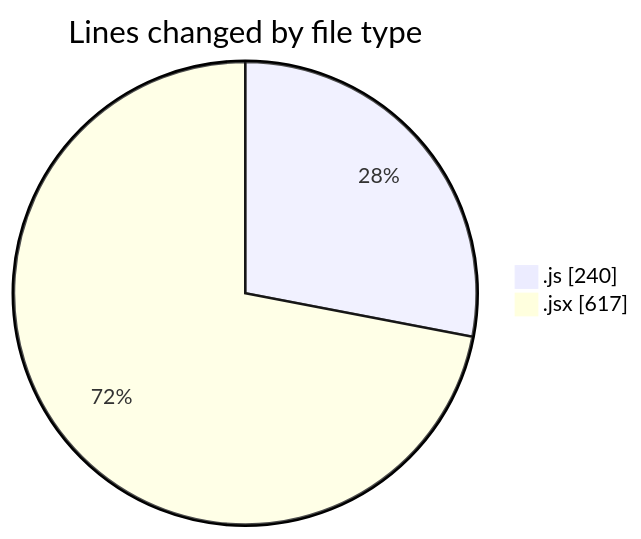
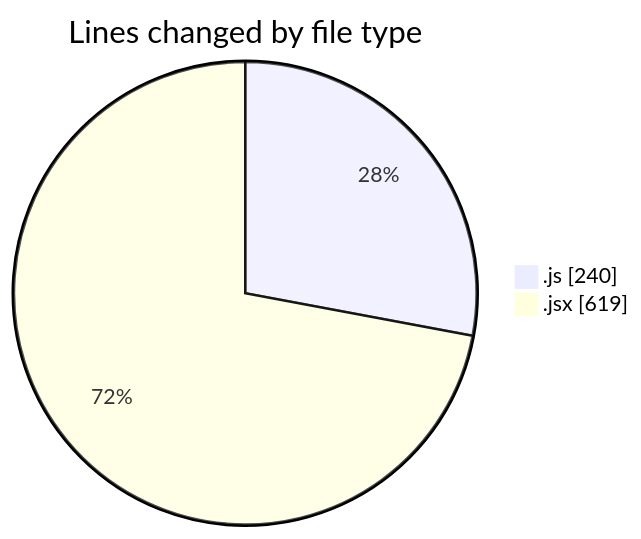
One commit to nxtqubesakshisongat/code-tracking changed the first of 2 diagrams in 2026-01-19/nxtqube_webapp/README.md. Above: the diagram before and after it, drawn with Mermaid. The commit also changed other lines of this file and 1 other file, not shown here.

````diff
--- a/2026-01-19/nxtqube_webapp/README.md
+++ b/2026-01-19/nxtqube_webapp/README.md
@@ -25,6 +25,6 @@
 ```mermaid
 pie showData
 title Lines changed by file type
 ".js" : 240
-".jsx" : 617
+".jsx" : 619
 ```
````
